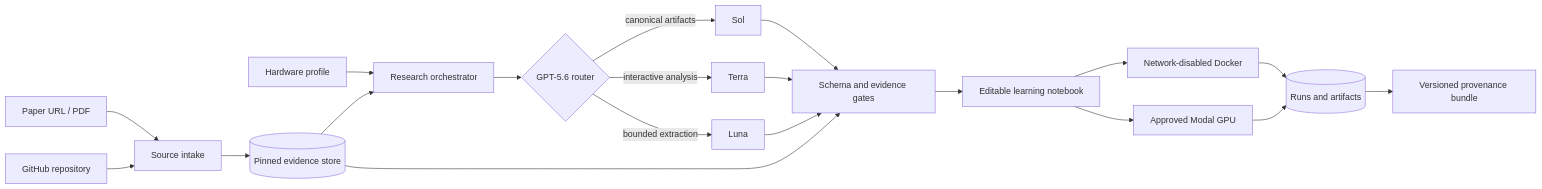
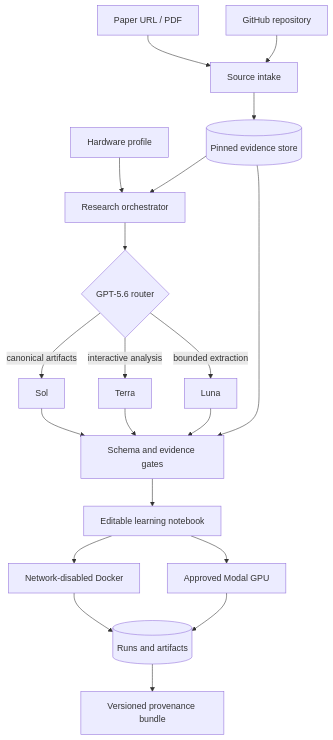
One commit to yc9954/codex-for-ai-researcher changed the diagram in README.md. Above: the diagram before and after it, drawn with Mermaid. The commit also changed other lines of this file and 34 other files, not shown here.

````diff
--- a/README.md
+++ b/README.md
@@ -111,25 +138,25 @@
 ```mermaid
-flowchart LR
+flowchart TB
   A[Paper URL / PDF] --> B[Source intake]
   C[GitHub repository] --> B
   B --> D[(Pinned evidence store)]
   H[Hardware profile] --> O[Research orchestrator]
   D --> O
 
   O --> R{GPT-5.6 router}
   R -->|canonical artifacts| S[Sol]
   R -->|interactive analysis| T[Terra]
   R -->|bounded extraction| L[Luna]
 
   S --> G[Schema and evidence gates]
   T --> G
   L --> G
   D --> G
 
   G --> N[Editable learning notebook]
   N --> X[Network-disabled Docker]
   N --> M[Approved Modal GPU]
   X --> P[(Runs and artifacts)]
   M --> P
   P --> V[Versioned provenance bundle]
 ```
````
